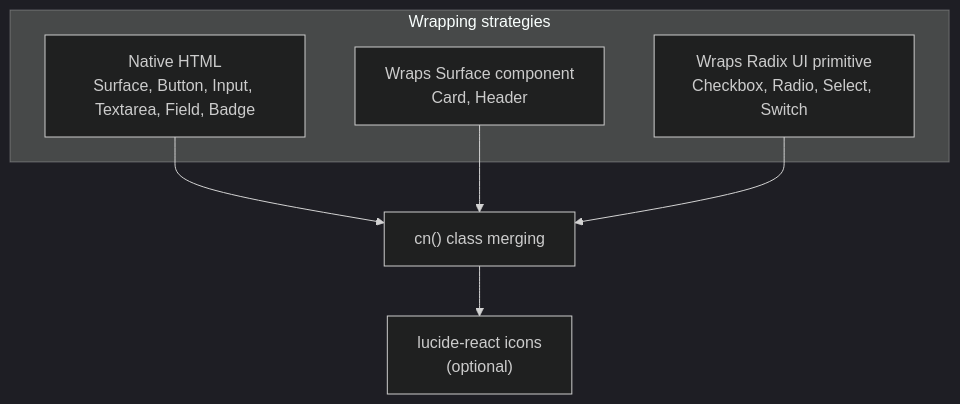
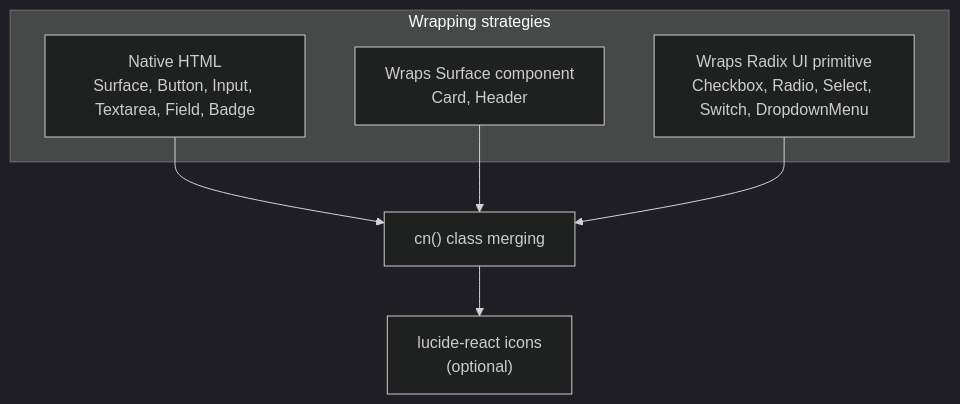
One commit to fuadrifki/almaarif-jambi-plus changed the sixth of 11 diagrams in .ai/ARCHITECTURE.md. Above: the diagram before and after it, drawn with Mermaid (dark theme). The commit also changed other lines of this file and 24 other files, not shown here.

````diff
--- a/.ai/ARCHITECTURE.md
+++ b/.ai/ARCHITECTURE.md
@@ -496,14 +497,14 @@
 ```mermaid
 graph TD
     subgraph "Wrapping strategies"
         NATIVE["Native HTML<br/>Surface, Button, Input, Textarea, Field, Badge"]
         SURFACE_WRAP["Wraps Surface component<br/>Card, Header"]
-        RADIX["Wraps Radix UI primitive<br/>Checkbox, Radio, Select, Switch"]
+        RADIX["Wraps Radix UI primitive<br/>Checkbox, Radio, Select, Switch, DropdownMenu"]
     end
 
     NATIVE --> CN["cn() class merging"]
     SURFACE_WRAP --> CN
     RADIX --> CN
 
     CN --> LU["lucide-react icons<br/>(optional)"]
 ```
````
